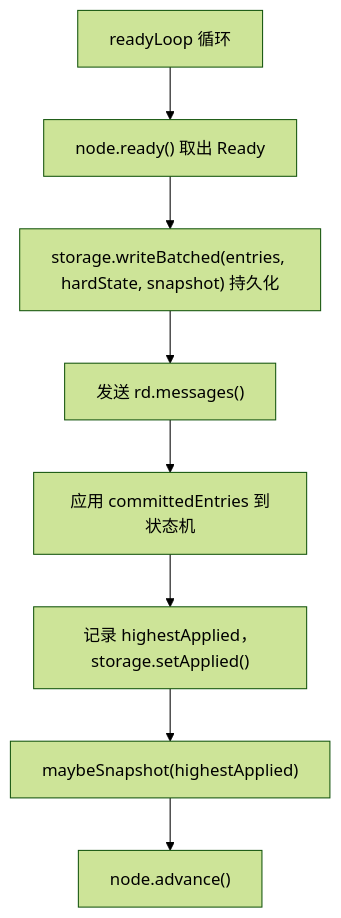
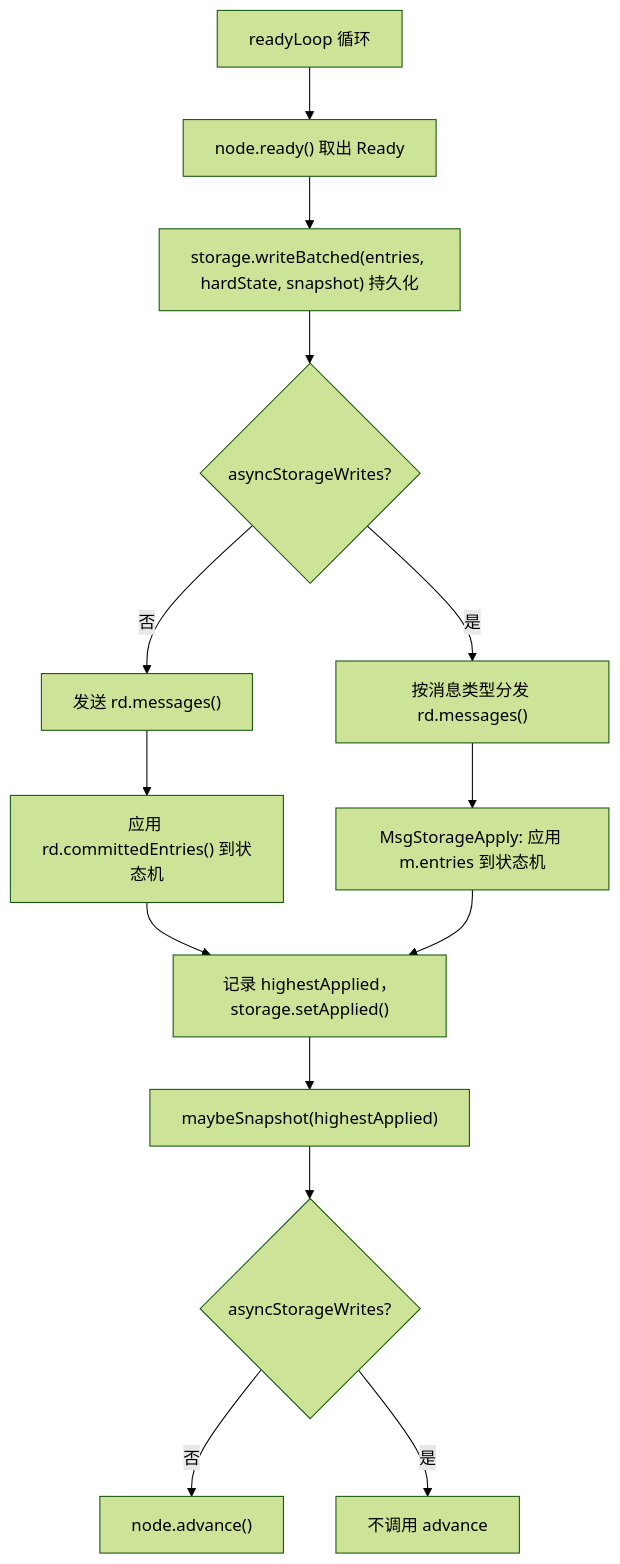
Before and after one commit to JoeCqupt/x-raft-lib: the first of 4 diagrams in docs/snapshot-flow.zh.md, drawn with Mermaid (forest theme). The commit also changed other lines of this file and 14 other files, not shown here.

First line of the commit message:
feat(examples): add async storage writes with three-thread model and docs

````diff
--- a/docs/snapshot-flow.zh.md
+++ b/docs/snapshot-flow.zh.md
@@ -47,10 +47,16 @@
 ```mermaid
 flowchart TD
     A["readyLoop 循环"] --> B["node.ready() 取出 Ready"]
     B --> C["storage.writeBatched(entries, hardState, snapshot) 持久化"]
-    C --> D["发送 rd.messages()"]
-    D --> E["应用 committedEntries 到状态机"]
-    E --> F["记录 highestApplied，storage.setApplied()"]
+    C --> D{"asyncStorageWrites?"}
+    D -- 否 --> E1["发送 rd.messages()"]
+    E1 --> E2["应用 rd.committedEntries() 到状态机"]
+    E2 --> F
+    D -- 是 --> E3["按消息类型分发 rd.messages()"]
+    E3 --> E4["MsgStorageApply: 应用 m.entries 到状态机"]
+    E4 --> F["记录 highestApplied，storage.setApplied()"]
     F --> G["maybeSnapshot(highestApplied)"]
-    G --> H["node.advance()"]
+    G --> H{"asyncStorageWrites?"}
+    H -- 否 --> I["node.advance()"]
+    H -- 是 --> J["不调用 advance"]
 ```
````
